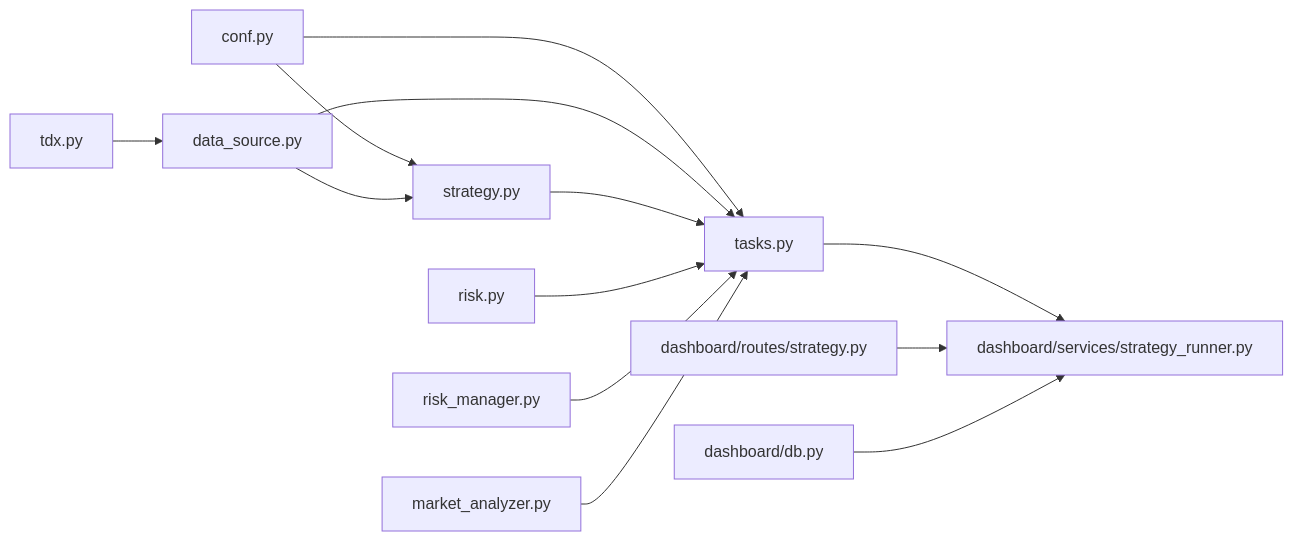
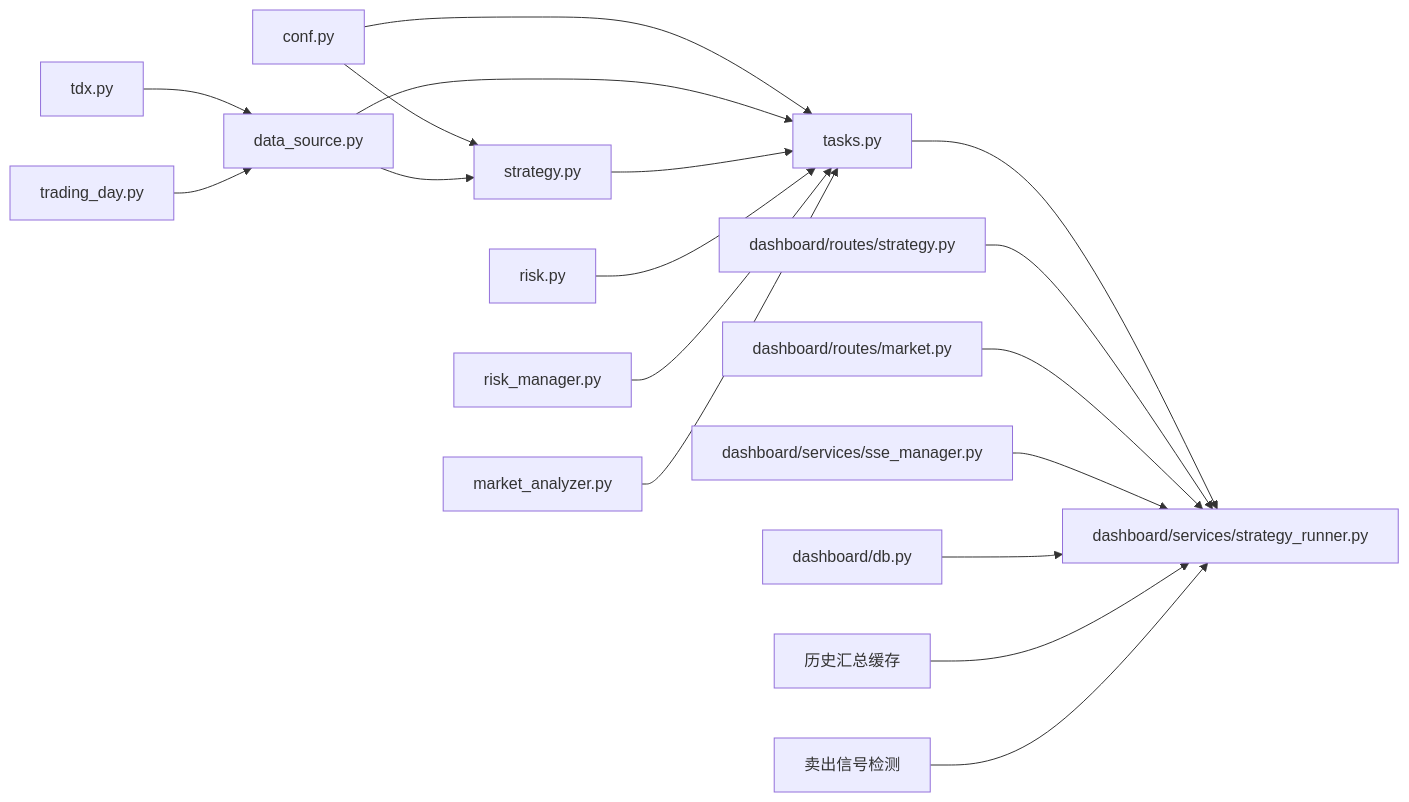
Diagram 16 of 16 in .qoder/repowiki/zh/content/策略引擎/策略引擎.md (ldeng76/quant-ETF), drawn with Mermaid before and after one commit. The commit also changed other lines of this file and 12 other files, not shown here.

````diff
--- a/.qoder/repowiki/zh/content/策略引擎/策略引擎.md
+++ b/.qoder/repowiki/zh/content/策略引擎/策略引擎.md
@@ -404,15 +832,20 @@
 ```mermaid
 graph LR
 CONF["conf.py"] --> STR["strategy.py"]
 CONF --> TASKS["tasks.py"]
 DS["data_source.py"] --> STR
 DS --> TASKS
 TDX["tdx.py"] --> DS
+TD["trading_day.py"] --> DS
 STR --> TASKS
 MR["risk.py"] --> TASKS
 RM["risk_manager.py"] --> TASKS
 MA["market_analyzer.py"] --> TASKS
 TASKS --> SR["dashboard/services/strategy_runner.py"]
 ROUTE["dashboard/routes/strategy.py"] --> SR
+MARKET_ROUTE["dashboard/routes/market.py"] --> SR
+SSE["dashboard/services/sse_manager.py"] --> SR
 DB["dashboard/db.py"] --> SR
+HS["历史汇总缓存"] --> SR
+SS["卖出信号检测"] --> SR
 ```
````
